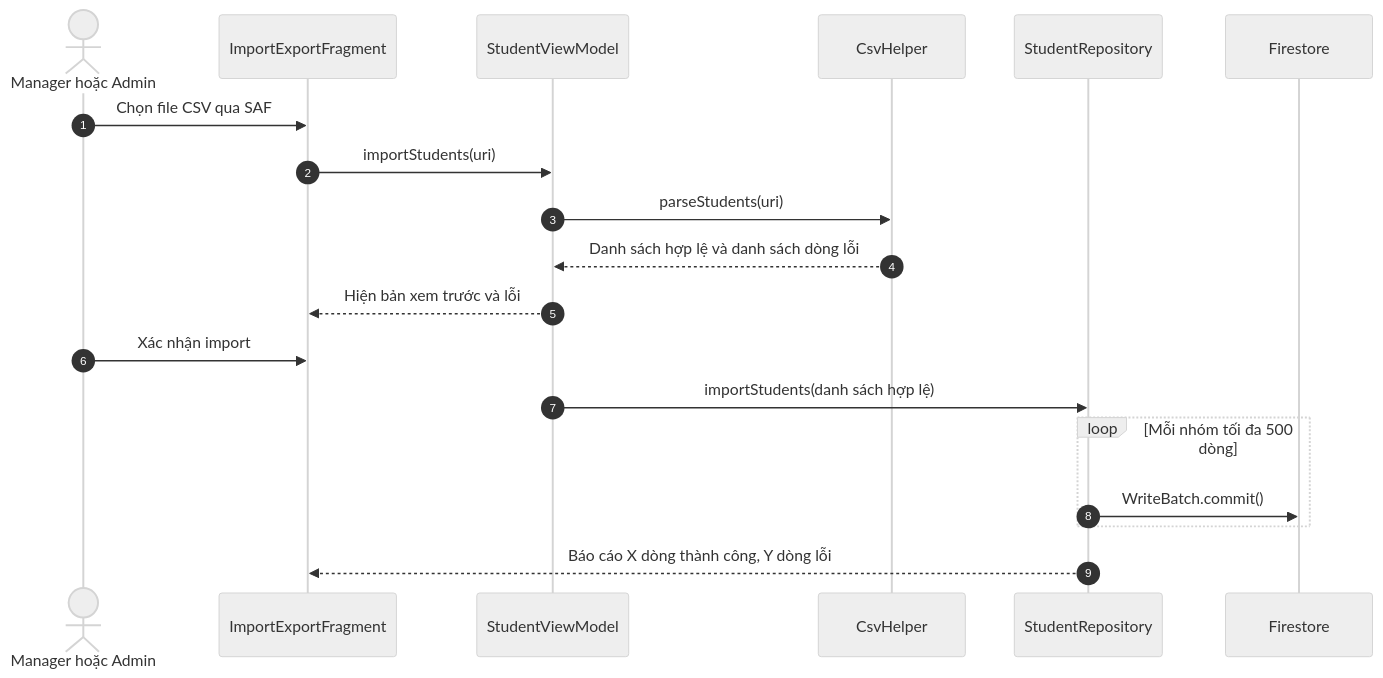
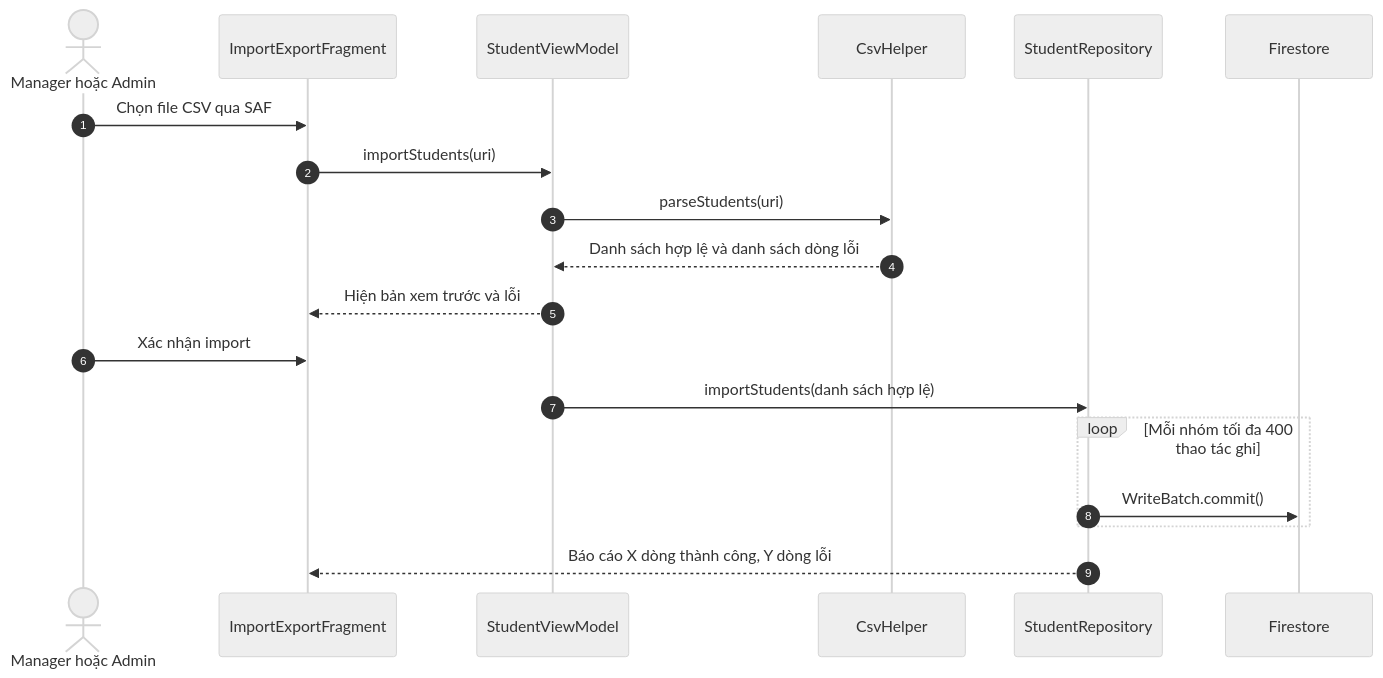
Before and after one commit to chimpk/student-management-midterm: the seventh of 8 diagrams in docs/uml.md, drawn with Mermaid (neutral theme). The commit also changed other lines of this file and 24 other files, not shown here.

Commit message:
docs: add design specifications, uml diagrams, and srs documentation

````diff
--- a/docs/uml.md
+++ b/docs/uml.md
@@ -266,22 +270,22 @@
 ```mermaid
 sequenceDiagram
     autonumber
     actor M as Manager hoặc Admin
     participant F as ImportExportFragment
     participant VM as StudentViewModel
     participant H as CsvHelper
     participant R as StudentRepository
     participant FS as Firestore
 
     M->>F: Chọn file CSV qua SAF
     F->>VM: importStudents(uri)
     VM->>H: parseStudents(uri)
     H-->>VM: Danh sách hợp lệ và danh sách dòng lỗi
     VM-->>F: Hiện bản xem trước và lỗi
     M->>F: Xác nhận import
     VM->>R: importStudents(danh sách hợp lệ)
-    loop Mỗi nhóm tối đa 500 dòng
+    loop Mỗi nhóm tối đa 400 thao tác ghi
         R->>FS: WriteBatch.commit()
     end
     R-->>F: Báo cáo X dòng thành công, Y dòng lỗi
 ```
````
